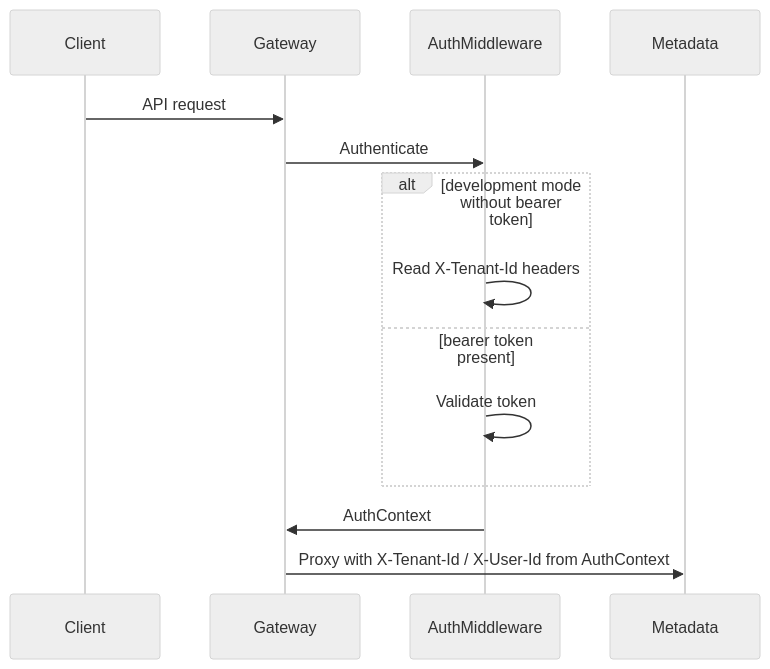
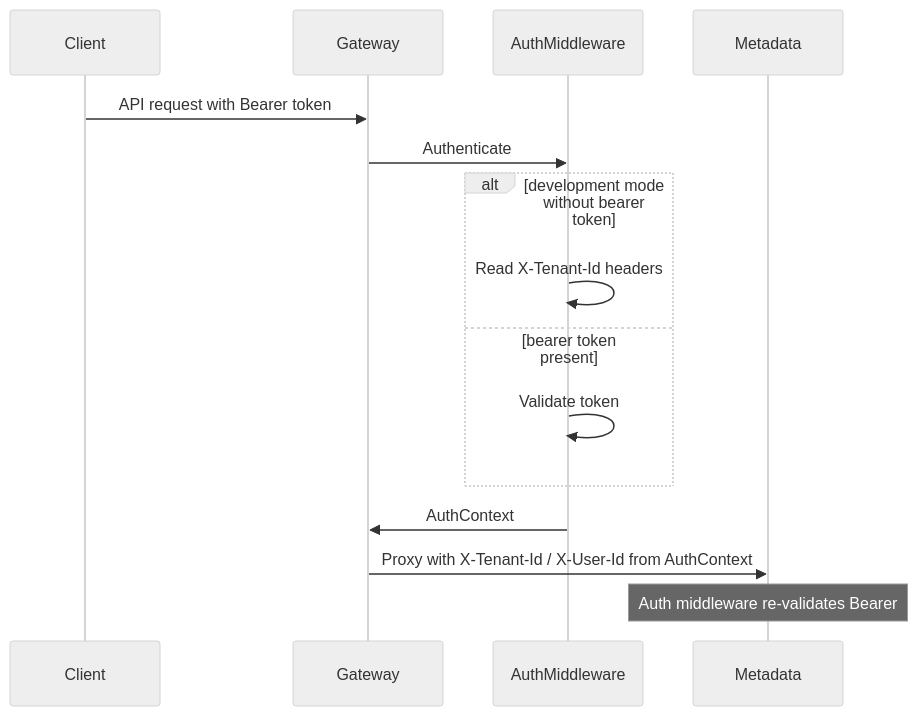
The diagram in platform/docs/authentication.md (ayushmanj123/GoApp-Workspace-1), drawn with Mermaid (neutral theme) before and after one commit. The commit also changed other lines of this file and 251 other files, not shown here.

````diff
--- a/platform/docs/authentication.md
+++ b/platform/docs/authentication.md
@@ -7,17 +7,18 @@
 ```mermaid
 sequenceDiagram
   participant Client
   participant Gateway
   participant AuthMiddleware
   participant Metadata
 
-  Client->>Gateway: API request
+  Client->>Gateway: API request with Bearer token
   Gateway->>AuthMiddleware: Authenticate
   alt development mode without bearer token
     AuthMiddleware->>AuthMiddleware: Read X-Tenant-Id headers
   else bearer token present
     AuthMiddleware->>AuthMiddleware: Validate token
   end
   AuthMiddleware->>Gateway: AuthContext
   Gateway->>Metadata: Proxy with X-Tenant-Id / X-User-Id from AuthContext
+  Note over Metadata: Auth middleware re-validates Bearer
 ```
````
